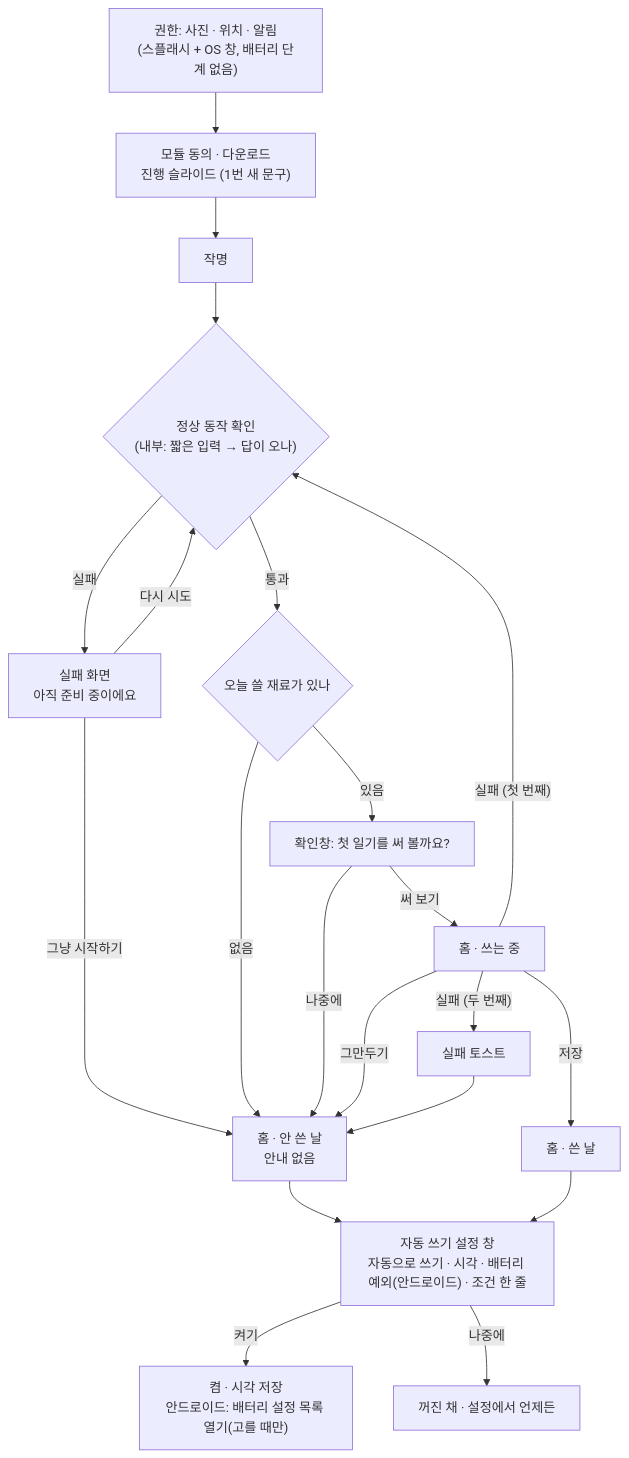
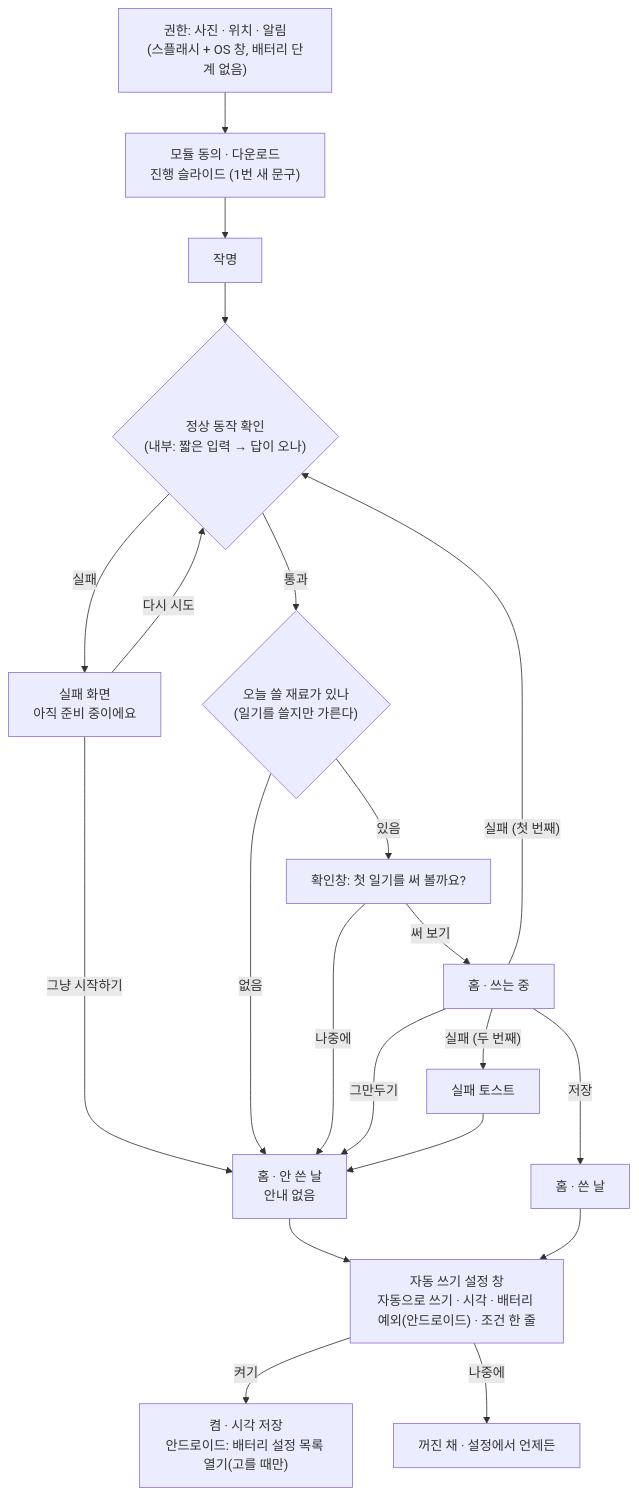
One commit to mrtint/alpharium changed the diagram in docs/user-guidance-rules.md. Above: the diagram before and after it, drawn with Mermaid. The commit also changed other lines of this file, not shown here.

````diff
--- a/docs/user-guidance-rules.md
+++ b/docs/user-guidance-rules.md
@@ -34,21 +33,21 @@
 ```mermaid
 flowchart TD
   P["권한: 사진 · 위치 · 알림<br/>(스플래시 + OS 창, 배터리 단계 없음)"] --> D["모듈 동의 · 다운로드<br/>진행 슬라이드 (1번 새 문구)"]
   D --> N["작명"] --> L{"정상 동작 확인<br/>(내부: 짧은 입력 → 답이 오나)"}
   L -- 실패 --> X["실패 화면<br/>아직 준비 중이에요"]
   X -- 다시 시도 --> L
   X -- 그냥 시작하기 --> E
-  L -- 통과 --> M{"오늘 쓸 재료가 있나"}
+  L -- 통과 --> M{"오늘 쓸 재료가 있나<br/>(일기를 쓸지만 가른다)"}
   M -- 없음 --> E["홈 · 안 쓴 날<br/>안내 없음"]
   M -- 있음 --> Q["확인창: 첫 일기를 써 볼까요?"]
   Q -- 나중에 --> E
   Q -- 써 보기 --> W["홈 · 쓰는 중"]
   W -- 저장 --> R["홈 · 쓴 날"]
   W -- 그만두기 --> E
   W -- "실패 (첫 번째)" --> L
   W -- "실패 (두 번째)" --> T["실패 토스트"] --> E
   E --> S["자동 쓰기 설정 창<br/>자동으로 쓰기 · 시각 · 배터리 예외(안드로이드) · 조건 한 줄"]
   R --> S
   S -- 켜기 --> ON["켬 · 시각 저장<br/>안드로이드: 배터리 설정 목록 열기(고를 때만)"]
   S -- 나중에 --> OFF["꺼진 채 · 설정에서 언제든"]
 ```
````
